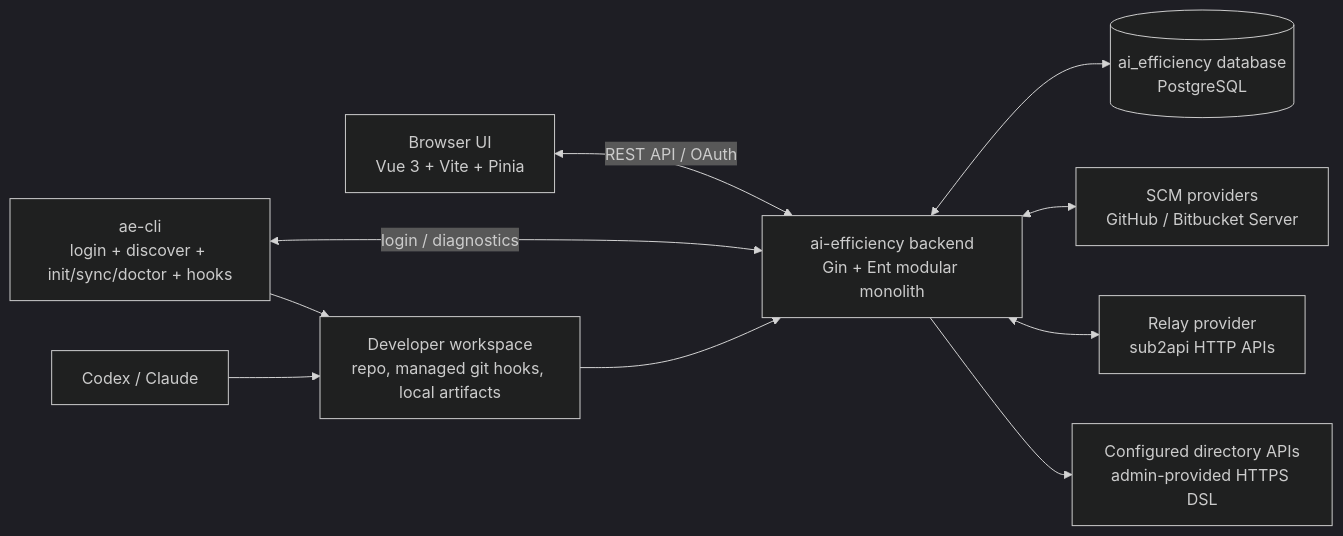
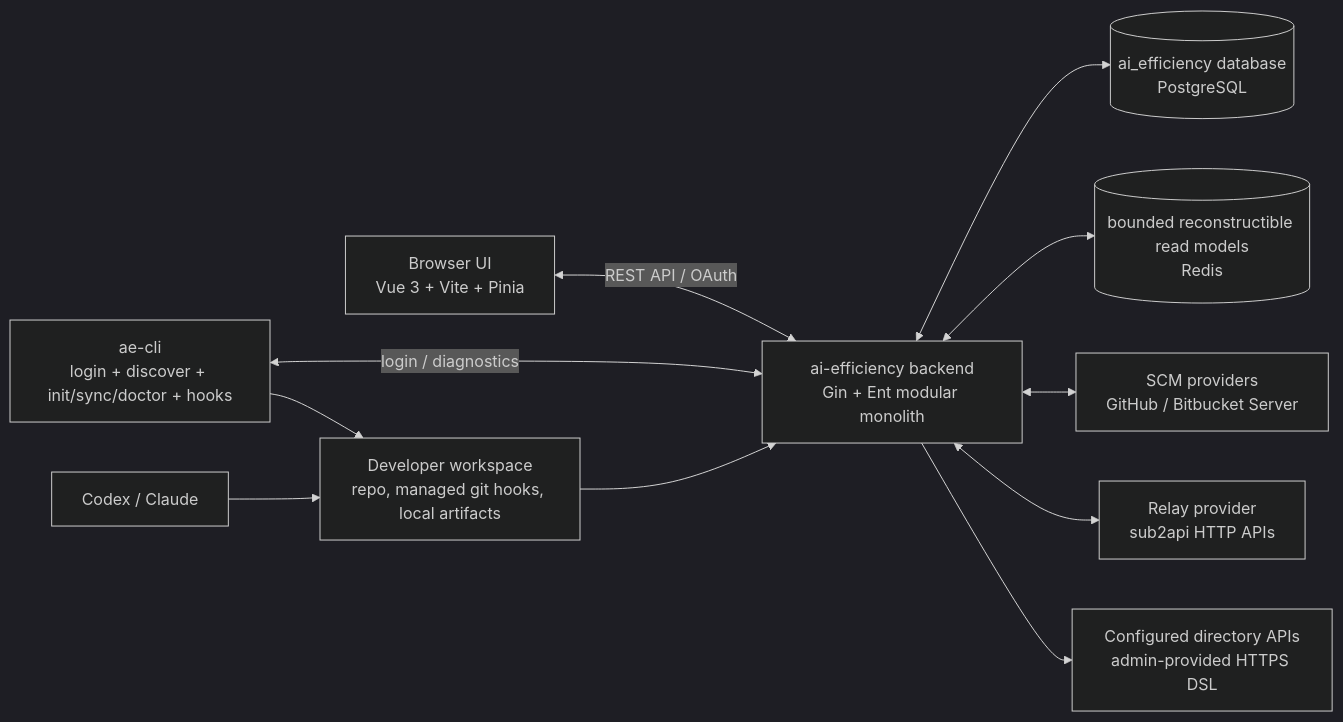
One commit to LichKing-2234/ai-efficiency changed the first of 4 diagrams in docs/architecture.md. Above: the diagram before and after it, drawn with Mermaid (dark theme). The commit also changed other lines of this file and 384 other files, not shown here.

````diff
--- a/docs/architecture.md
+++ b/docs/architecture.md
@@ -38,22 +40,24 @@
 ```mermaid
 flowchart LR
     Browser["Browser UI<br/>Vue 3 + Vite + Pinia"]
     CLI["ae-cli<br/>login + discover + init/sync/doctor + hooks"]
     Tool["Codex / Claude"]
     Backend["ai-efficiency backend<br/>Gin + Ent modular monolith"]
     DB[("ai_efficiency database<br/>PostgreSQL")]
+    Redis[("bounded reconstructible read models<br/>Redis")]
     SCM["SCM providers<br/>GitHub / Bitbucket Server"]
     Relay["Relay provider<br/>sub2api HTTP APIs"]
     Directory["Configured directory APIs<br/>admin-provided HTTPS DSL"]
     Workspace["Developer workspace<br/>repo, managed git hooks, local artifacts"]
 
     Browser <-->|REST API / OAuth| Backend
     CLI <-->|login / diagnostics| Backend
     CLI --> Workspace
     Tool --> Workspace
     Workspace --> Backend
     Backend <--> DB
+    Backend <--> Redis
     Backend <--> SCM
     Backend <--> Relay
     Backend --> Directory
 ```
````
